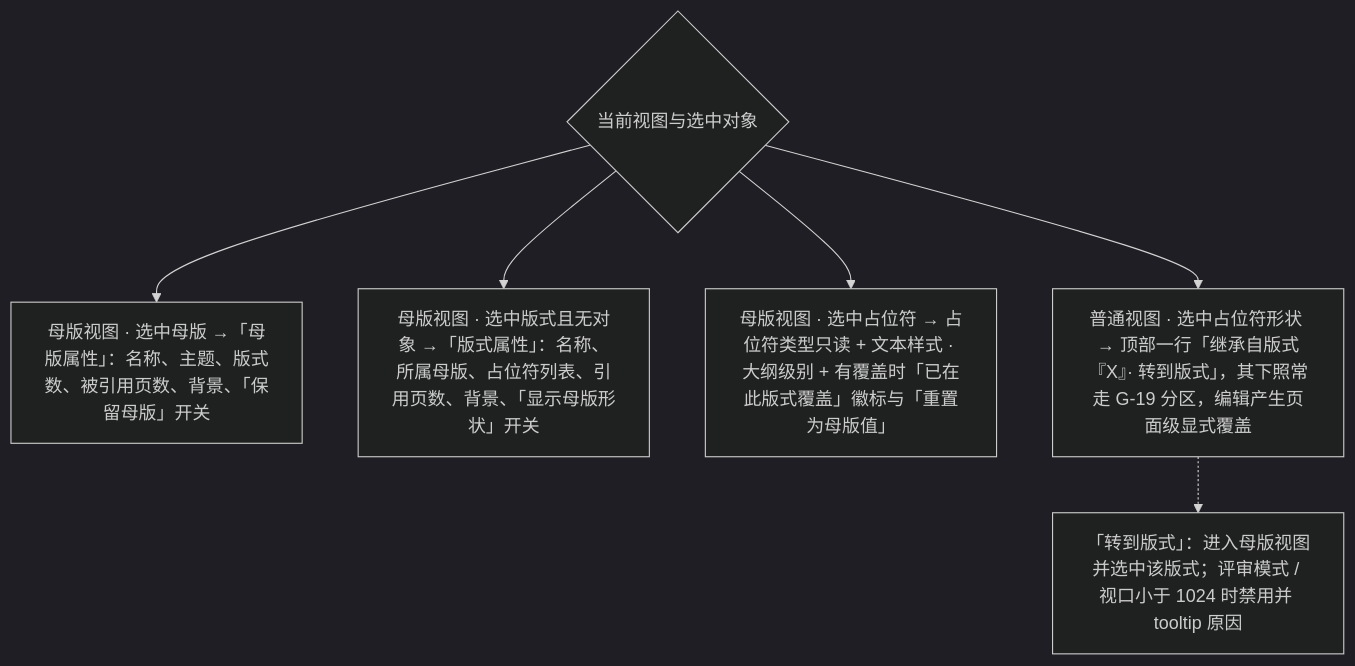
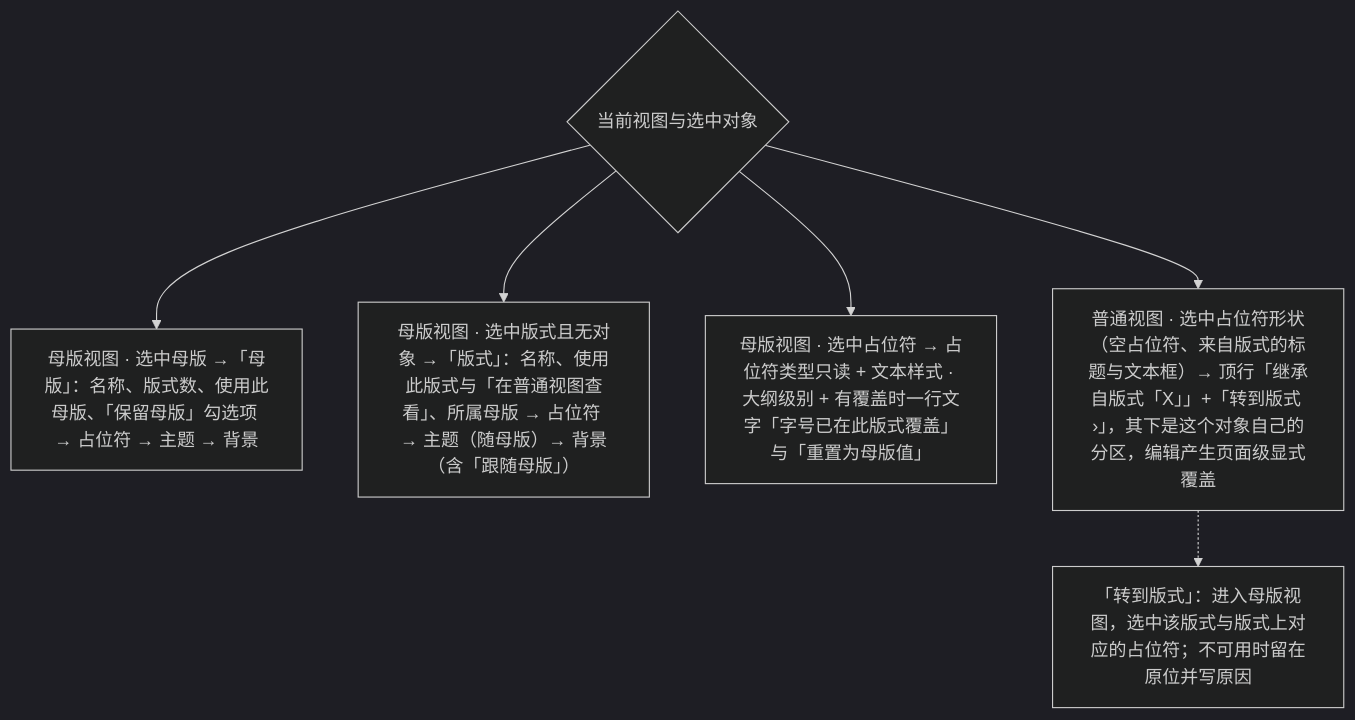
One commit to Xeonice/cordis-ppt-editor changed the second of 2 diagrams in docs/20-design/03-screens/03-properties-panel.md. Above: the diagram before and after it, drawn with Mermaid (dark theme). The commit also changed other lines of this file and 44 other files, not shown here.

````diff
--- a/docs/20-design/03-screens/03-properties-panel.md
+++ b/docs/20-design/03-screens/03-properties-panel.md
@@ -170,14 +179,14 @@
 ```mermaid
 flowchart TB
   ctx{"当前视图与选中对象"}
-  mas["母版视图 · 选中母版 →「母版属性」：名称、主题、版式数、被引用页数、背景、「保留母版」开关"]
-  lay["母版视图 · 选中版式且无对象 →「版式属性」：名称、所属母版、占位符列表、引用页数、背景、「显示母版形状」开关"]
-  phM["母版视图 · 选中占位符 → 占位符类型只读 + 文本样式 · 大纲级别 + 有覆盖时「已在此版式覆盖」徽标与「重置为母版值」"]
-  phN["普通视图 · 选中占位符形状 → 顶部一行「继承自版式『X』· 转到版式」，其下照常走 G-19 分区，编辑产生页面级显式覆盖"]
-  goto["「转到版式」：进入母版视图并选中该版式；评审模式 / 视口小于 1024 时禁用并 tooltip 原因"]
+  mas["母版视图 · 选中母版 →「母版」：名称、版式数、使用此母版、「保留母版」勾选项 → 占位符 → 主题 → 背景"]
+  lay["母版视图 · 选中版式且无对象 →「版式」：名称、使用此版式与「在普通视图查看」、所属母版 → 占位符 → 主题（随母版）→ 背景（含「跟随母版」）"]
+  phM["母版视图 · 选中占位符 → 占位符类型只读 + 文本样式 · 大纲级别 + 有覆盖时一行文字「字号已在此版式覆盖」与「重置为母版值」"]
+  phN["普通视图 · 选中占位符形状（空占位符、来自版式的标题与文本框）→ 顶行「继承自版式「X」」+「转到版式 ›」，其下是这个对象自己的分区，编辑产生页面级显式覆盖"]
+  goto["「转到版式」：进入母版视图，选中该版式与版式上对应的占位符；不可用时留在原位并写原因"]
   ctx --> mas
   ctx --> lay
   ctx --> phM
   ctx --> phN
   phN -.-> goto
 ```
````
